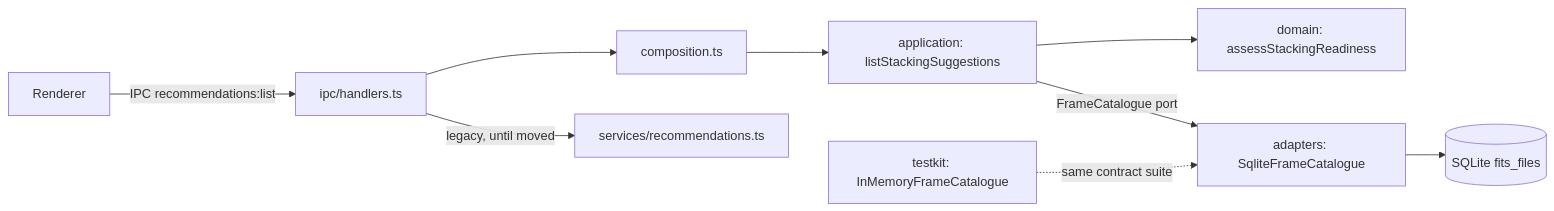
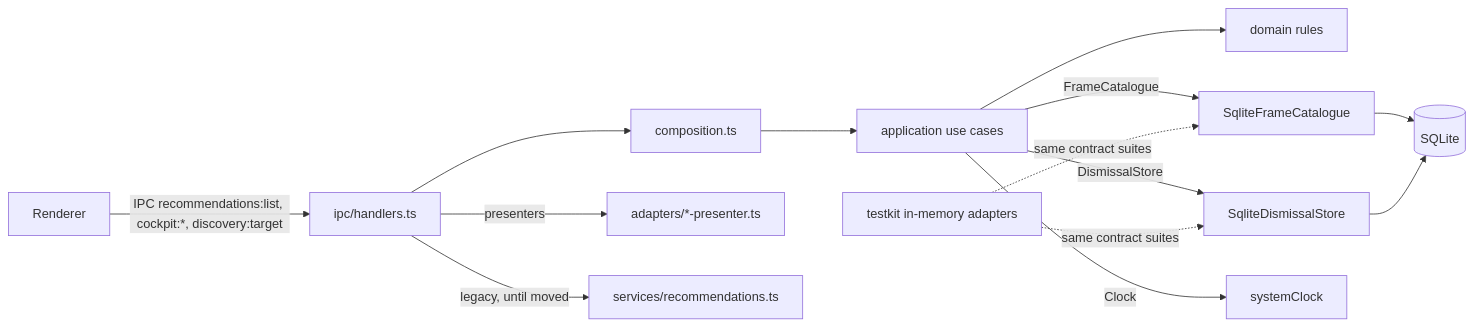
One commit to lgriffin/astrorepo changed the diagram in docs/architecture/hexagonal.md. Above: the diagram before and after it, drawn with Mermaid. The commit also changed other lines of this file and 59 other files, not shown here.

First line of the commit message:
Add discovery cockpit: hidden data, derived progress, dismissals, charter

````diff
--- a/docs/architecture/hexagonal.md
+++ b/docs/architecture/hexagonal.md
@@ -21,11 +21,15 @@
 ```mermaid
 flowchart LR
-  UI[Renderer] -->|IPC recommendations:list| H[ipc/handlers.ts]
+  UI[Renderer] -->|IPC recommendations:list, cockpit:*, discovery:target| H[ipc/handlers.ts]
   H --> C[composition.ts]
-  C --> UC[application: listStackingSuggestions]
-  UC --> D[domain: assessStackingReadiness]
-  UC -->|FrameCatalogue port| A[adapters: SqliteFrameCatalogue]
-  A --> DB[(SQLite fits_files)]
-  T[testkit: InMemoryFrameCatalogue] -.same contract suite.-> A
+  C --> UC[application use cases]
+  UC --> D[domain rules]
+  UC -->|FrameCatalogue| A1[SqliteFrameCatalogue]
+  UC -->|DismissalStore| A2[SqliteDismissalStore]
+  UC -->|Clock| A3[systemClock]
+  A1 --> DB[(SQLite)]
+  A2 --> DB
+  T[testkit in-memory adapters] -.same contract suites.-> A1 & A2
+  H -->|presenters| P[adapters/*-presenter.ts]
   H -->|legacy, until moved| S[services/recommendations.ts]
 ```
````
